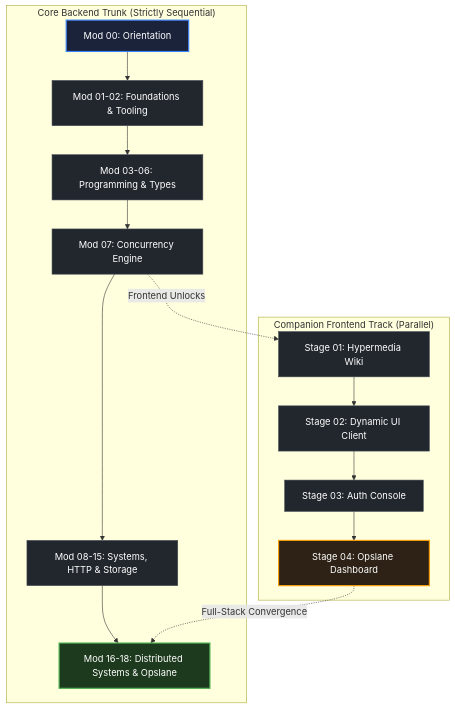
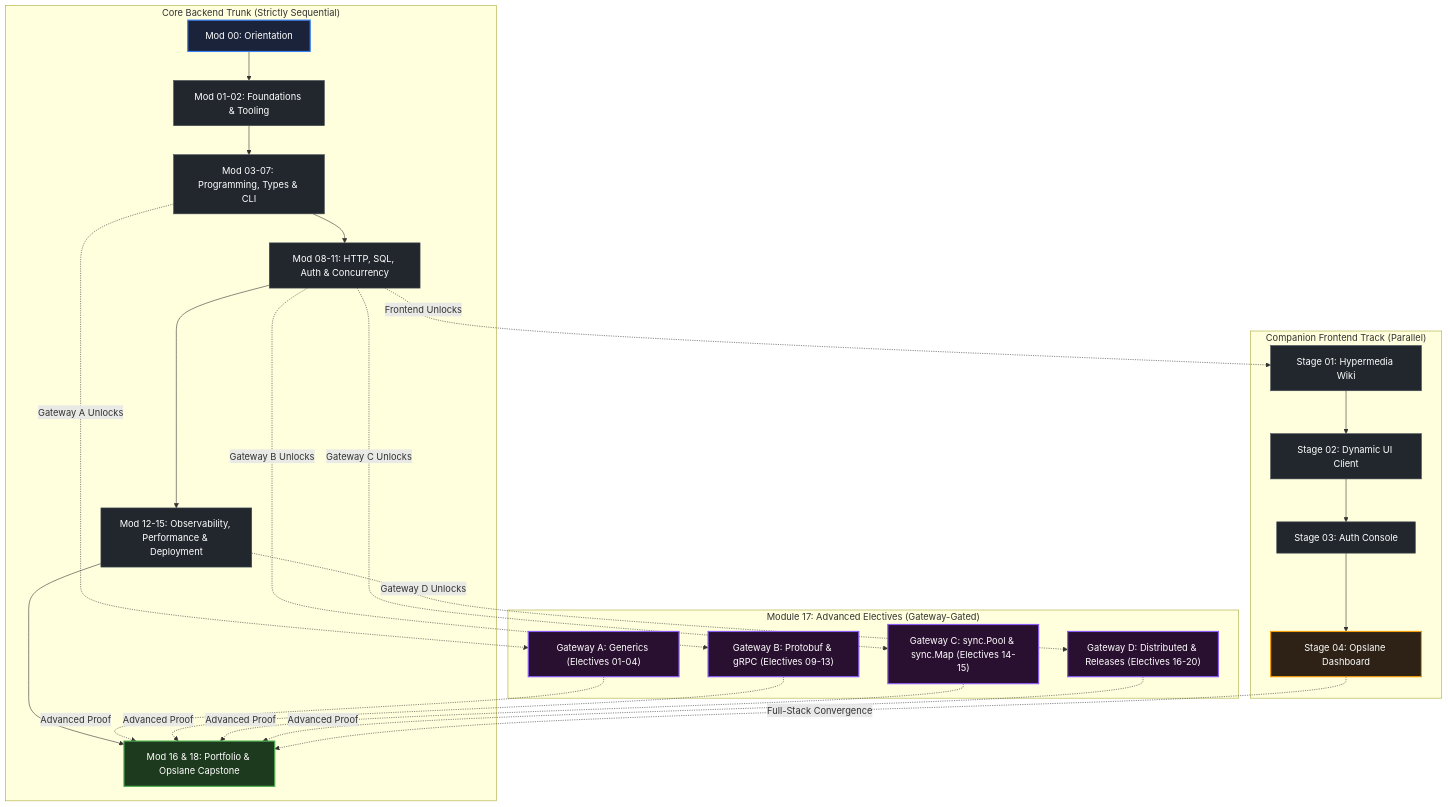
Before and after one commit to swe-labs/the-go-engineer: the diagram in curriculum/modules/00-orientation/lessons/09-how-to-use-the-roadmap/README.md, drawn with Mermaid. The commit also changed 11 other files, not shown here.

````diff
--- a/curriculum/modules/00-orientation/lessons/09-how-to-use-the-roadmap/README.md
+++ b/curriculum/modules/00-orientation/lessons/09-how-to-use-the-roadmap/README.md
@@ -40,26 +40,42 @@
 ```mermaid
 flowchart TD
     classDef frontDoor fill:#1a233a,stroke:#3b82f6,stroke-width:2px,color:#ffffff;
     classDef exitGate fill:#1e3a1e,stroke:#4caf50,stroke-width:2px,color:#ffffff;
     classDef standardNode fill:#22272e,stroke:#444c56,stroke-width:1px,color:#ffffff;
     classDef capstoneNode fill:#2d2215,stroke:#f59e0b,stroke-width:2px,color:#ffffff;
+    classDef electiveNode fill:#2a1030,stroke:#8b5cf6,stroke-width:2px,color:#ffffff;
 
     subgraph CoreTrunk ["Core Backend Trunk (Strictly Sequential)"]
         M00["Mod 00: Orientation"]:::frontDoor --> M01["Mod 01-02: Foundations & Tooling"]:::standardNode
-        M01 --> M03["Mod 03-06: Programming & Types"]:::standardNode
-        M03 --> M07["Mod 07: Concurrency Engine"]:::standardNode
-        M07 --> M08["Mod 08-15: Systems, HTTP & Storage"]:::standardNode
-        M08 --> M16["Mod 16-18: Distributed Systems & Opslane"]:::exitGate
+        M01 --> M03["Mod 03-07: Programming, Types & CLI"]:::standardNode
+        M03 --> M08["Mod 08-11: HTTP, SQL, Auth & Concurrency"]:::standardNode
+        M08 --> M16["Mod 12-15: Observability, Performance & Deployment"]:::standardNode
+        M16 --> M18["Mod 16 & 18: Portfolio & Opslane Capstone"]:::exitGate
     end
 
     subgraph CompanionFrontend ["Companion Frontend Track (Parallel)"]
         F1["Stage 01: Hypermedia Wiki"]:::standardNode
         F2["Stage 02: Dynamic UI Client"]:::standardNode
         F3["Stage 03: Auth Console"]:::standardNode
         F4["Stage 04: Opslane Dashboard"]:::capstoneNode
         F1 --> F2 --> F3 --> F4
     end
 
-    M07 -.->|Frontend Unlocks| F1
-    F4 -.->|Full-Stack Convergence| M16
+    subgraph Electives ["Module 17: Advanced Electives (Gateway-Gated)"]
+        EA["Gateway A: Generics (Electives 01-04)"]:::electiveNode
+        EB["Gateway B: Protobuf & gRPC (Electives 09-13)"]:::electiveNode
+        EC["Gateway C: sync.Pool & sync.Map (Electives 14-15)"]:::electiveNode
+        ED["Gateway D: Distributed & Releases (Electives 16-20)"]:::electiveNode
+    end
+
+    M03 -.->|Gateway A Unlocks| EA
+    M08 -.->|Gateway B Unlocks| EB
+    M08 -.->|Gateway C Unlocks| EC
+    M16 -.->|Gateway D Unlocks| ED
+    M08 -.->|Frontend Unlocks| F1
+    EA -.->|Advanced Proof| M18
+    EB -.->|Advanced Proof| M18
+    EC -.->|Advanced Proof| M18
+    ED -.->|Advanced Proof| M18
+    F4 -.->|Full-Stack Convergence| M18
 ```
````
